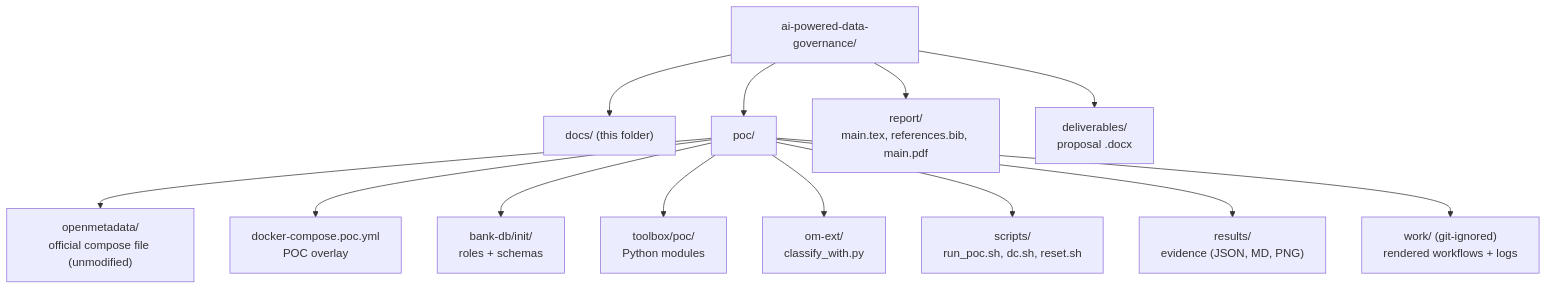
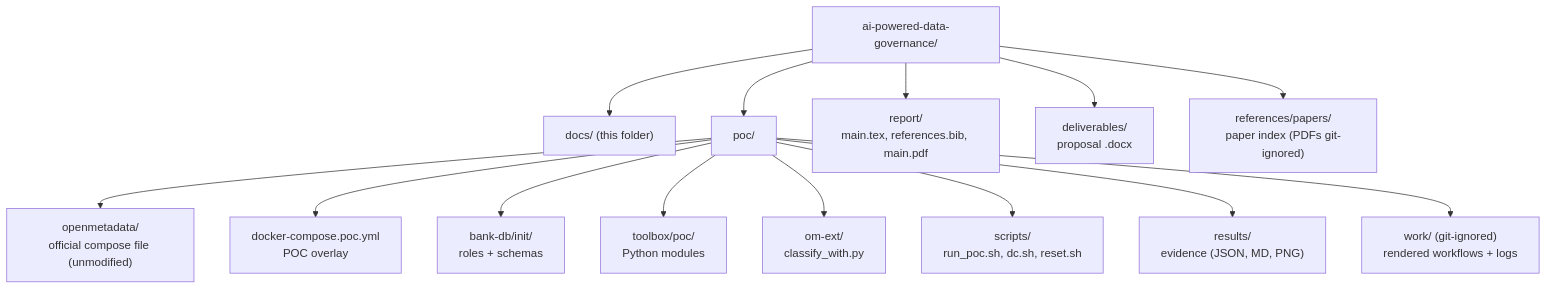
One commit to KshitijV97/ai-powered-data-governance changed the second of 2 diagrams in docs/README.md. Above: the diagram before and after it, drawn with Mermaid. The commit also changed other lines of this file and 5 other files, not shown here.

````diff
--- a/docs/README.md
+++ b/docs/README.md
@@ -49,15 +66,16 @@
 ```mermaid
 flowchart TD
     root["ai-powered-data-governance/"] --> docs["docs/ (this folder)"]
     root --> poc["poc/"]
     root --> report["report/<br/>main.tex, references.bib, main.pdf"]
     root --> deliv["deliverables/<br/>proposal .docx"]
+    root --> refs["references/papers/<br/>paper index (PDFs git-ignored)"]
     poc --> omc["openmetadata/<br/>official compose file (unmodified)"]
     poc --> overlay["docker-compose.poc.yml<br/>POC overlay"]
     poc --> bankdb["bank-db/init/<br/>roles + schemas"]
     poc --> toolbox["toolbox/poc/<br/>Python modules"]
     poc --> omext["om-ext/<br/>classify_with.py"]
     poc --> scripts["scripts/<br/>run_poc.sh, dc.sh, reset.sh"]
     poc --> results["results/<br/>evidence (JSON, MD, PNG)"]
     poc --> work["work/ (git-ignored)<br/>rendered workflows + logs"]
 ```
````
